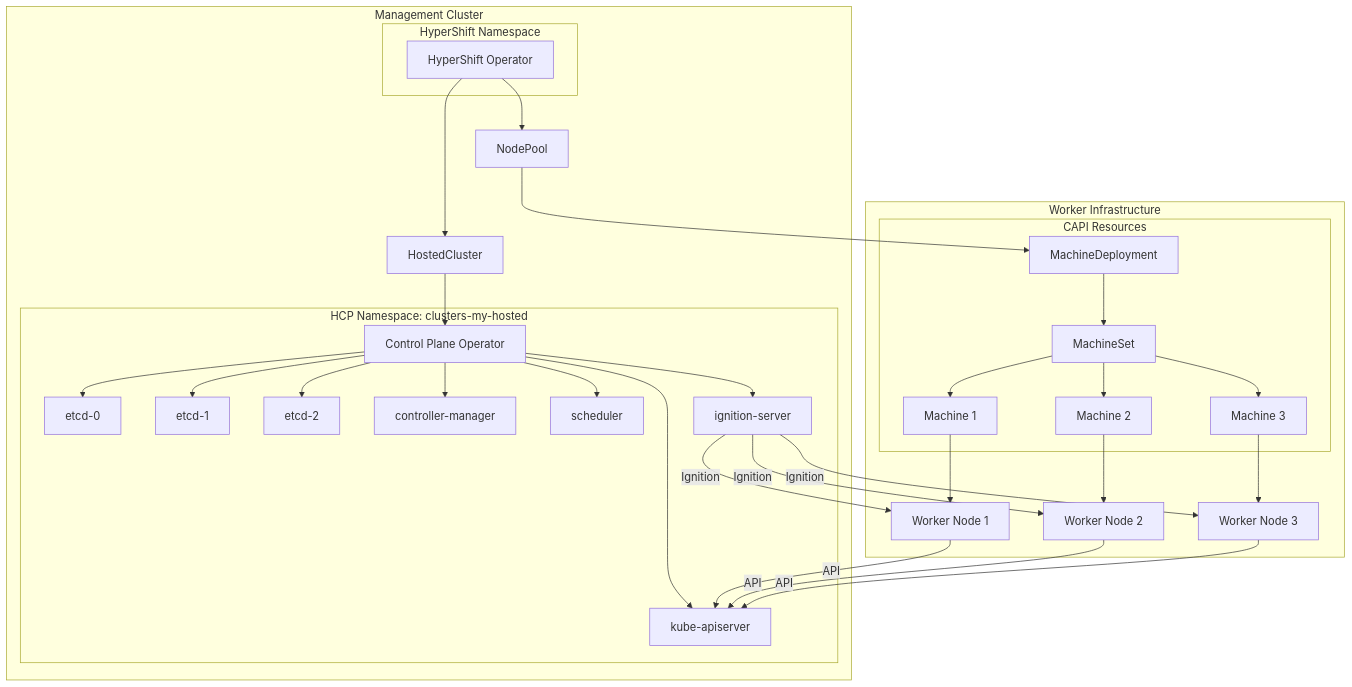
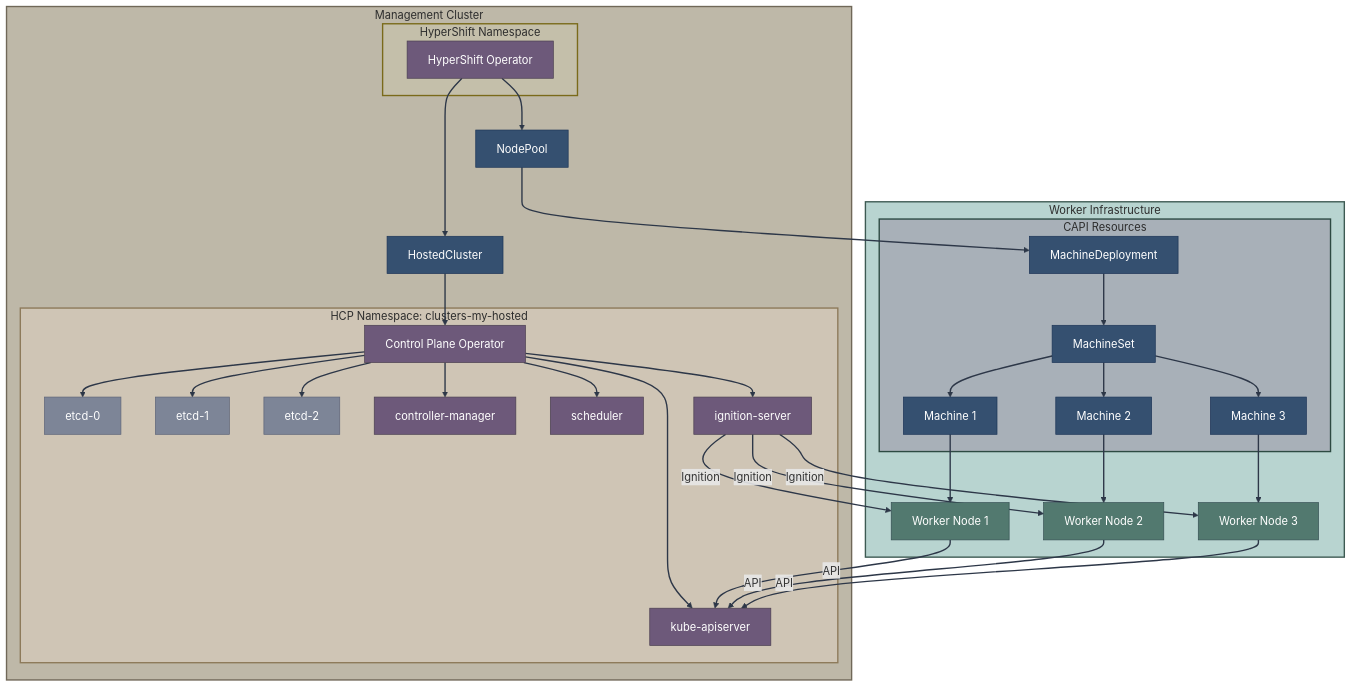
The fifth of 11 diagrams in 09-diagrams/component-diagrams.md (zszabo-rh/openshift-install-guide), drawn with Mermaid before and after one commit. The commit also changed other lines of this file and 16 other files, not shown here.

Commit message:
improved diagram style

````diff
--- a/09-diagrams/component-diagrams.md
+++ b/09-diagrams/component-diagrams.md
@@ -188,11 +244,11 @@
 ```mermaid
 graph TB
-    subgraph "Management Cluster"
-        subgraph "HyperShift Namespace"
+    subgraph mgmt["Management Cluster"]
+        subgraph hypershiftns["HyperShift Namespace"]
             HO[HyperShift Operator]
         end
         
-        subgraph "HCP Namespace: clusters-my-hosted"
+        subgraph hcpns["HCP Namespace: clusters-my-hosted"]
             CPO[Control Plane Operator]
             ETCD1[etcd-0]
             ETCD2[etcd-1]
@@ -207,8 +263,8 @@
         NP[NodePool]
     end
     
-    subgraph "Worker Infrastructure"
-        subgraph "CAPI Resources"
+    subgraph workers["Worker Infrastructure"]
+        subgraph capi["CAPI Resources"]
             MD[MachineDeployment]
             MS[MachineSet]
             M1[Machine 1]
@@ -249,4 +305,32 @@
     IGN -->|Ignition| W1
     IGN -->|Ignition| W2
     IGN -->|Ignition| W3
+    
+    style HO fill:#6d597a,stroke:#4a3f50,color:#fff
+    style CPO fill:#6d597a,stroke:#4a3f50,color:#fff
+    style ETCD1 fill:#7d8597,stroke:#5c6378,color:#fff
+    style ETCD2 fill:#7d8597,stroke:#5c6378,color:#fff
+    style ETCD3 fill:#7d8597,stroke:#5c6378,color:#fff
+    style KAPI fill:#6d597a,stroke:#4a3f50,color:#fff
+    style KCM fill:#6d597a,stroke:#4a3f50,color:#fff
+    style SCHED fill:#6d597a,stroke:#4a3f50,color:#fff
+    style IGN fill:#6d597a,stroke:#4a3f50,color:#fff
+    style HC fill:#355070,stroke:#1d3557,color:#fff
+    style NP fill:#355070,stroke:#1d3557,color:#fff
+    style MD fill:#355070,stroke:#1d3557,color:#fff
+    style MS fill:#355070,stroke:#1d3557,color:#fff
+    style M1 fill:#355070,stroke:#1d3557,color:#fff
+    style M2 fill:#355070,stroke:#1d3557,color:#fff
+    style M3 fill:#355070,stroke:#1d3557,color:#fff
+    style W1 fill:#52796f,stroke:#354f52,color:#fff
+    style W2 fill:#52796f,stroke:#354f52,color:#fff
+    style W3 fill:#52796f,stroke:#354f52,color:#fff
+    
+    style mgmt fill:#beb8a8,stroke:#706858,stroke-width:2px,color:#2d2d2d
+    style hypershiftns fill:#c4bfaa,stroke:#7a6a1a,stroke-width:2px,color:#2d2d2d
+    style hcpns fill:#cfc5b5,stroke:#8d7a5a,stroke-width:2px,color:#2d2d2d
+    style workers fill:#b8d4d0,stroke:#3d5a52,stroke-width:2px,color:#2d2d2d
+    style capi fill:#a8b0b8,stroke:#2d4a42,stroke-width:2px,color:#2d2d2d
+    
+    linkStyle default stroke:#2d3748,stroke-width:2px
 ```
````
